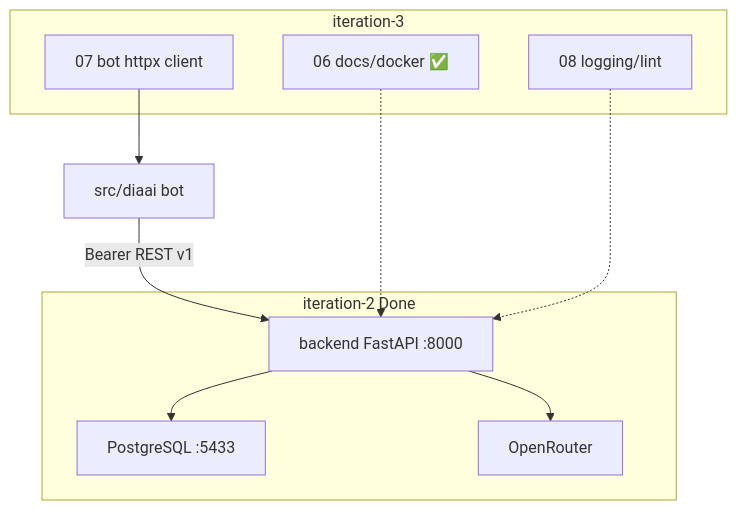
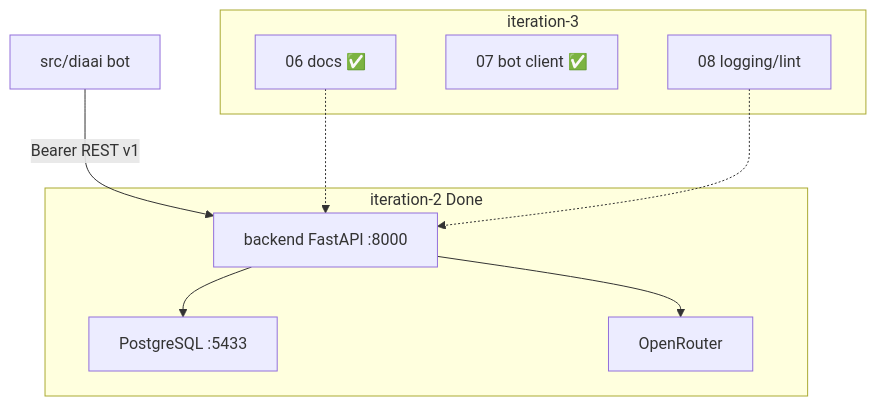
Before and after one commit to zatulik2606/diaai: the diagram in docs/tasks/impl/backend/iteration-3-delivery/plan.md, drawn with Mermaid. The commit also changed other lines of this file and 28 other files, not shown here.

````diff
--- a/docs/tasks/impl/backend/iteration-3-delivery/plan.md
+++ b/docs/tasks/impl/backend/iteration-3-delivery/plan.md
@@ -36,19 +36,18 @@
 ```mermaid
 flowchart TB
     subgraph iter2 [iteration-2 Done]
         Backend["backend FastAPI :8000"]
         PG["PostgreSQL :5433"]
         OR["OpenRouter"]
         Backend --> PG
         Backend --> OR
     end
     subgraph iter3 [iteration-3]
-        Docs["06 docs/docker ✅"]
-        BotClient["07 bot httpx client"]
+        Docs["06 docs ✅"]
+        BotClient["07 bot client ✅"]
         Quality["08 logging/lint"]
     end
     Bot["src/diaai bot"] -->|Bearer REST v1| Backend
     Docs -.-> Backend
     Quality -.-> Backend
-    BotClient --> Bot
 ```
````
